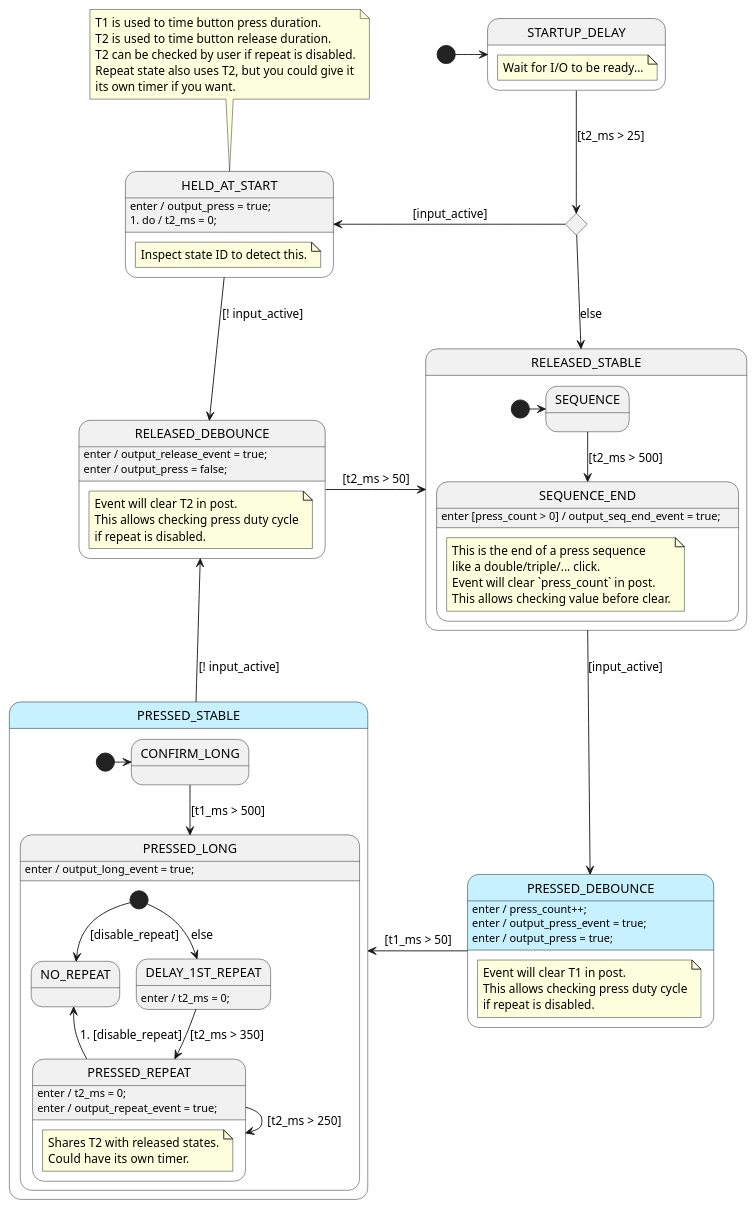
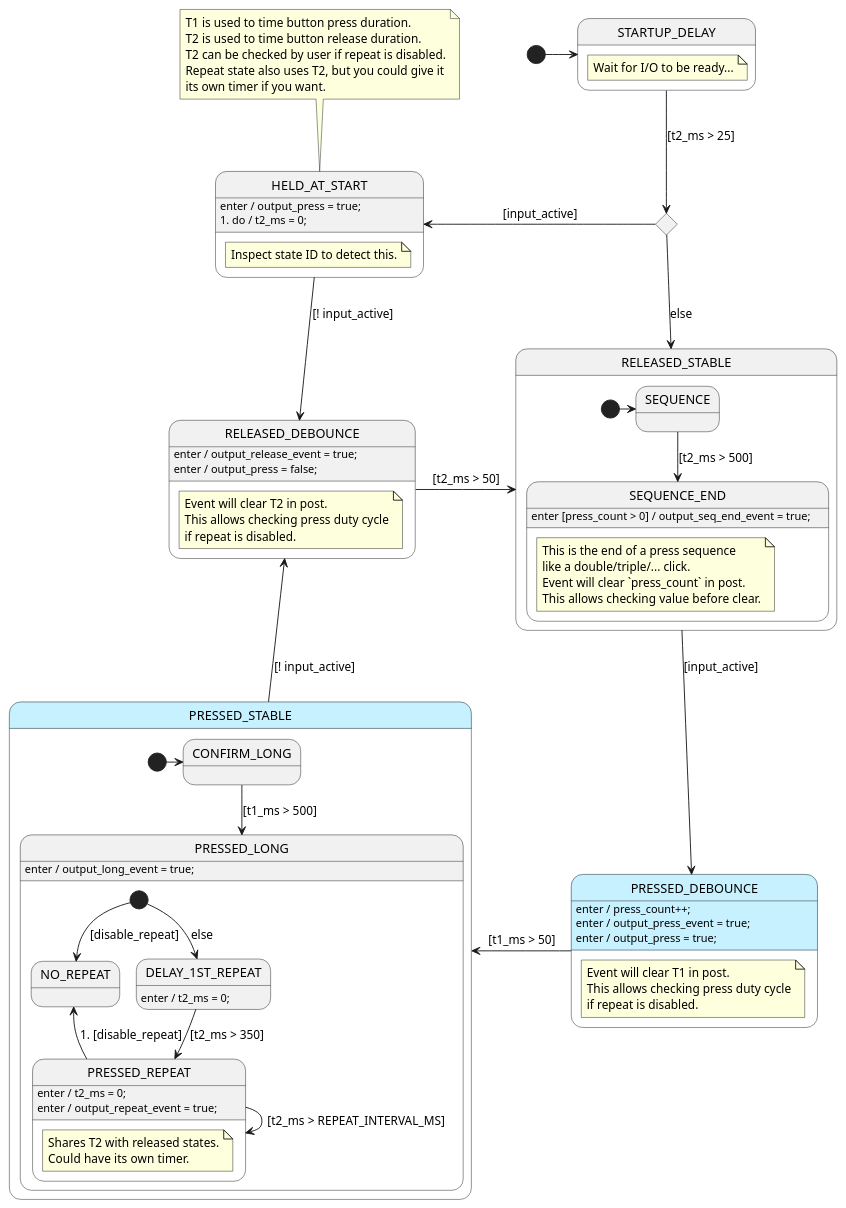
Before and after one commit to adamfk/bespoke-button: the diagram in src/bb2/bb2-c/BeButton2Sm.plantuml, drawn with PlantUML. The commit also changed 9 other files, not shown here.

```diff
--- a/src/bb2/bb2-c/BeButton2Sm.plantuml
+++ b/src/bb2/bb2-c/BeButton2Sm.plantuml
@@ -1,172 +1,174 @@
 @startuml BeButton2Sm
 
 ' /////////////////////////// Styles ////////////////////////////////
 ' Define some colors for the states. Totally optional.
 skinparam state {
     ' pressed style:
     BackgroundColor<<press_style>> #c7f1ff
 }
 
 ' //////////////////////// STATE ORGANIZATION ///////////////////////
 ' Note: StateSmith treats state names and events as case insensitive.
 ' More info: https://github.com/StateSmith/StateSmith/wiki/PlantUML
 
 state STARTUP_DELAY  {
     note "Wait for I/O to be ready..." as N1
 }
 state INIT_CHOICE<<choice>>
 
 state HELD_AT_START {
     note "Inspect state ID to detect this." as N1
 }
 
 note top of HELD_AT_START
     T1 is used to time button press duration.
     T2 is used to time button release duration.
     T2 can be checked by user if repeat is disabled.
     Repeat state also uses T2, but you could give it
     its own timer if you want.
 end note
 
 state RELEASED_DEBOUNCE {
     note "Event will clear T2 in post.\nThis allows checking press duty cycle\nif repeat is disabled." as N1
 }
 state RELEASED_STABLE {
     state SEQUENCE
     state SEQUENCE_END  {
         note "This is the end of a press sequence\nlike a double/triple/... click.\nEvent will clear `press_count` in post.\nThis allows checking value before clear." as N1
     }
     [*] -> SEQUENCE
 }
 
 state PRESSED_DEBOUNCE <<press_style>> {
     note "Event will clear T1 in post.\nThis allows checking press duty cycle\nif repeat is disabled." as N1
 }
 state PRESSED_STABLE <<press_style>> {
     [*] -> CONFIRM_LONG
     state CONFIRM_LONG
     state PRESSED_LONG {
         state NO_REPEAT
         state DELAY_1ST_REPEAT
         state PRESSED_REPEAT {
             note "Shares T2 with released states.\nCould have its own timer." as N1
         }
         [*] --> DELAY_1ST_REPEAT: else
         [*] --> NO_REPEAT: [disable_repeat]
     }
 }
 
 
 [*] -> STARTUP_DELAY
 
 
 
 ' ///////////////////////// STATE HANDLERS /////////////////////////
 ' Syntax: https://github.com/StateSmith/StateSmith/wiki/Behaviors
 
 STARTUP_DELAY -down-> INIT_CHOICE: [t2_ms > 25]
 
 INIT_CHOICE -left-> HELD_AT_START: [input_active]
 INIT_CHOICE --> RELEASED_STABLE: else
 
 HELD_AT_START: enter / output_press = true;
 HELD_AT_START: 1. do / t2_ms = 0;
 HELD_AT_START --> RELEASED_DEBOUNCE: [! input_active]
 
 ' Wait for debounce time and then go to stable state.
 RELEASED_DEBOUNCE: enter / output_release_event = true;
 RELEASED_DEBOUNCE: enter / output_press = false;
 RELEASED_DEBOUNCE -right-> RELEASED_STABLE: [t2_ms > 50]
 
 ' Button is released. Wait for button press.
 RELEASED_STABLE -down-> PRESSED_DEBOUNCE: [input_active]
 
 SEQUENCE --> SEQUENCE_END: [t2_ms > 500]
 
 SEQUENCE_END: enter [press_count > 0] / output_seq_end_event = true;
 
 
 ' Wait for debounce time and then go to stable state.
 PRESSED_DEBOUNCE: enter / press_count++;
 PRESSED_DEBOUNCE: enter / output_press_event = true;
 PRESSED_DEBOUNCE: enter / output_press = true;
 PRESSED_DEBOUNCE -left-> PRESSED_STABLE: [t1_ms > 50]
 
 ' Button is pressed. Wait for button release.
 PRESSED_STABLE -up-> RELEASED_DEBOUNCE: [! input_active]
 
 ' Button is still pressed. Wait for long press time.
 CONFIRM_LONG --> PRESSED_LONG: [t1_ms > 500]
 
 ' Button has been pressed for a long time.
 ' Transition to repeat state if button remains pressed long enough.
 PRESSED_LONG: enter / output_long_event = true;
 
 DELAY_1ST_REPEAT: enter / t2_ms = 0;
 DELAY_1ST_REPEAT --> PRESSED_REPEAT: [t2_ms > 350]
 
 ' Keep setting the button repeat event every 250 ms.
 PRESSED_REPEAT: enter / t2_ms = 0;
 PRESSED_REPEAT: enter / output_repeat_event = true;
-PRESSED_REPEAT --> PRESSED_REPEAT: [t2_ms > 250]
+PRESSED_REPEAT --> PRESSED_REPEAT: [t2_ms > REPEAT_INTERVAL_MS]
 PRESSED_REPEAT -up-> NO_REPEAT: 1. [disable_repeat]
 
 
 ' //////////////////////// StateSmith config ////////////////////////
 ' The below special comment block sets the StateSmith configuration.
 ' More info: https://github.com/StateSmith/StateSmith/issues/335
 
 /'! $CONFIG : toml
 SmRunnerSettings.transpilerId = "C99"
 
 RenderConfig.C.HFileIncludes = """
+    #include "BeButton2Config.h"
+
     // Let other compilers ignore gcc specific attributes.
     // You can also disable GCC packed attributes by removing StateSmith setting `RenderConfig.C.CEnumDeclarer`.
     #if !defined(__GNUC__) && !defined(__clang__)
     #define __attribute__(x) /* nothing */
     #endif
     """
 RenderConfig.AutoExpandedVars = """
     //////////////////////////////////////////
     // INPUTS
     //////////////////////////////////////////
 
     // you need to add your loop time to this variable in your main loop.
     // max time is 65535 ms.
     uint16_t t1_ms;
 
     // you need to add your loop time to this variable in your main loop.
     // max time is 65535 ms.
     uint16_t t2_ms;
 
     // set to 1 when button is detected as active.
     uint8_t input_active: 1;
 
     // set to 1 to disable repeat events.
     // the repeat state uses t2
     uint8_t disable_repeat: 1;
 
     //////////////////////////////////////////
     // OUTPUTS
     //////////////////////////////////////////
 
     // read and clear event flags in your main loop.
     uint8_t output_release_event: 1;
     uint8_t output_press_event: 1;
     uint8_t output_long_event: 1;
     uint8_t output_repeat_event: 1;
     uint8_t output_seq_end_event: 1;
 
     // read these flags in your main loop, but don't clear them.
     // they are cleared automatically.
     uint8_t output_press: 1;
 
     uint8_t press_count;
 
     """
 
 # Uncomment the below line to potentially save a byte or two of RAM per state machine
 # by telling GCC to use the smallest enumeration integer type possible.
 RenderConfig.C.CEnumDeclarer = "typedef enum __attribute__((packed)) {enumName}"
 '/
 @enduml
```
